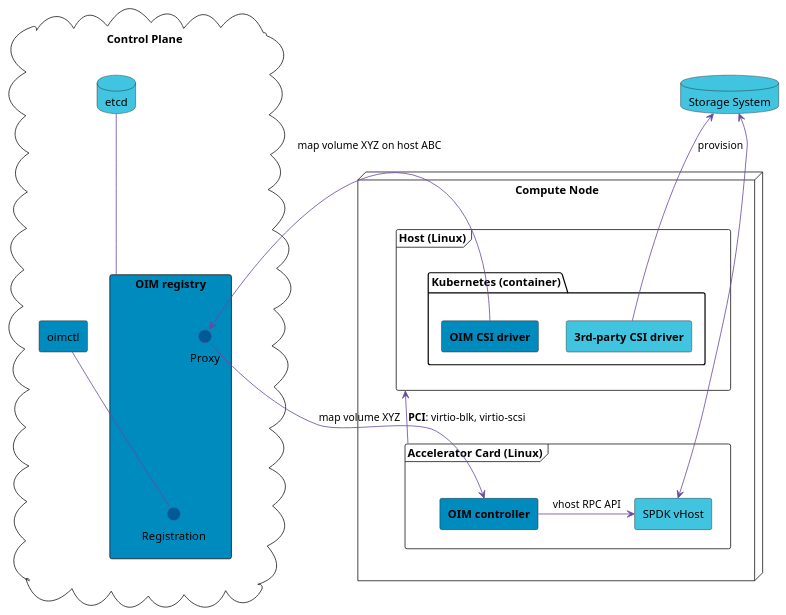
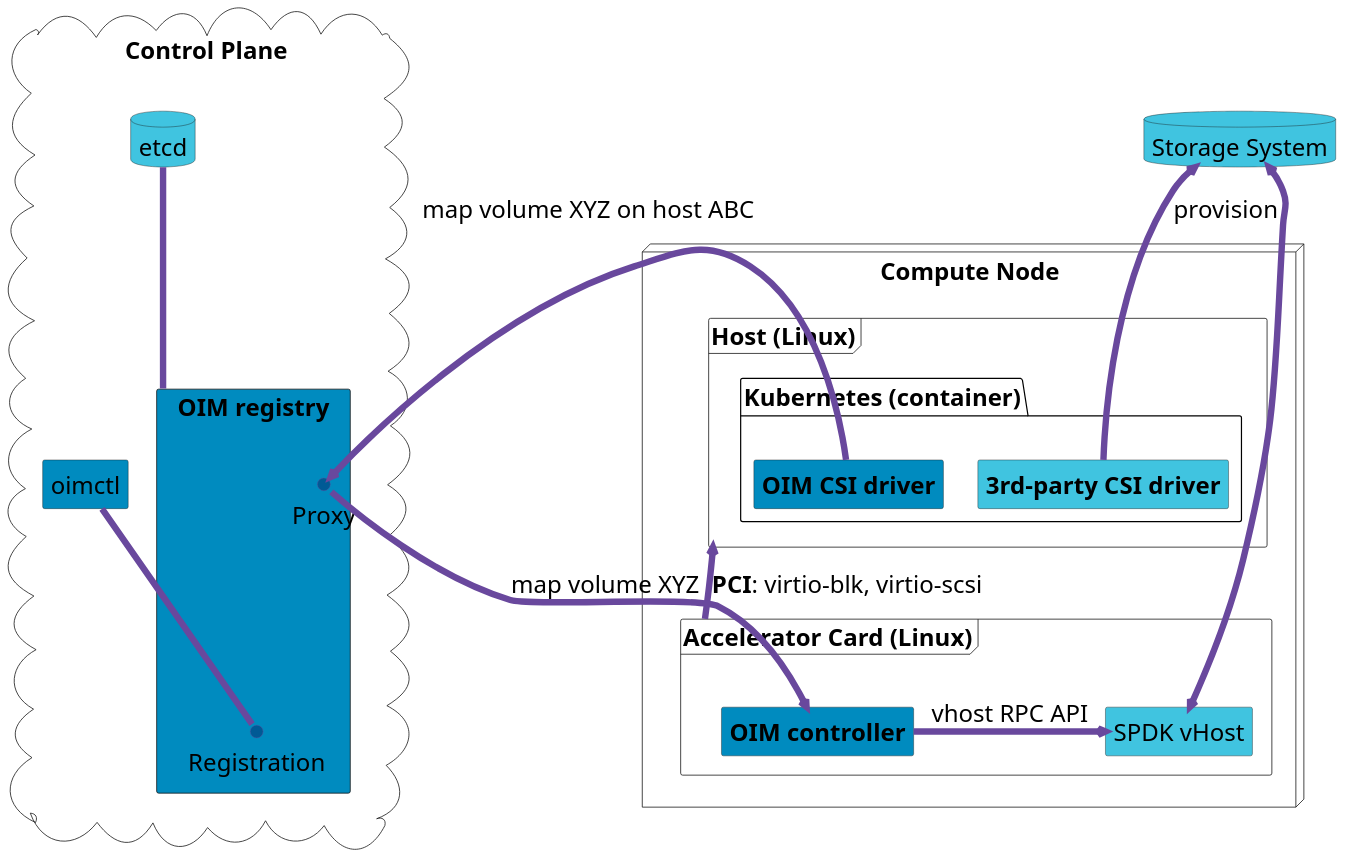
One commit to intel/oim changed the diagram in doc/overview.puml. Above: the diagram before and after it, drawn with PlantUML. The commit also changed 1 other file, not shown here.

Commit message:
WIP: font and sizes

```diff
--- a/doc/overview.puml
+++ b/doc/overview.puml
@@ -1,59 +1,61 @@
 @startuml
 skinparam backgroundcolor transparent
 skinparam ArrowColor #69489d
 skinparam interface {
   borderColor #69489d
 }
-
+skinparam defaultFontName Arial
+skinparam defaultFontSize 30
+skinparam ArrowThickness 8
 
 'left to right direction
 
 node "Compute Node" as computenode {
     frame "Host (Linux)" as host {
         package "Kubernetes (container)" {
             rectangle "**OIM CSI driver**" as oimdriver #008bbf
             rectangle "**3rd-party CSI driver**" as otherdriver #40c4e0
             oimdriver -[hidden]> otherdriver
         }
     }
 
     frame "Accelerator Card (Linux)" as card {
         rectangle "SPDK vHost" as spdk #40c4e0
         rectangle "**OIM controller**" as controller #008bbf {
 
         }
 
         spdk <- controller : vhost RPC API
     }
 
     host <-- card : **PCI**: virtio-blk, virtio-scsi
 }
 
 cloud "Control Plane" as controlplane {
     database etcd #40c4e0
 
     rectangle "OIM registry" as registry #008bbf {
         interface Proxy #005a95
         interface Registration #005a95
         Proxy -[hidden]-> Registration
     }
 
     rectangle "oimctl" #008bbf
 
     etcd -- registry
     oimctl -- Registration
 }
 
 
 Proxy <- oimdriver : map volume XYZ on host ABC
 Proxy -> controller : map volume XYZ
 
 controlplane -[hidden]> computenode
 
 database "Storage System" as storage  #40c4e0
 
 storage <-- otherdriver : provision
 storage <--> spdk
 
 
 @enduml
```
